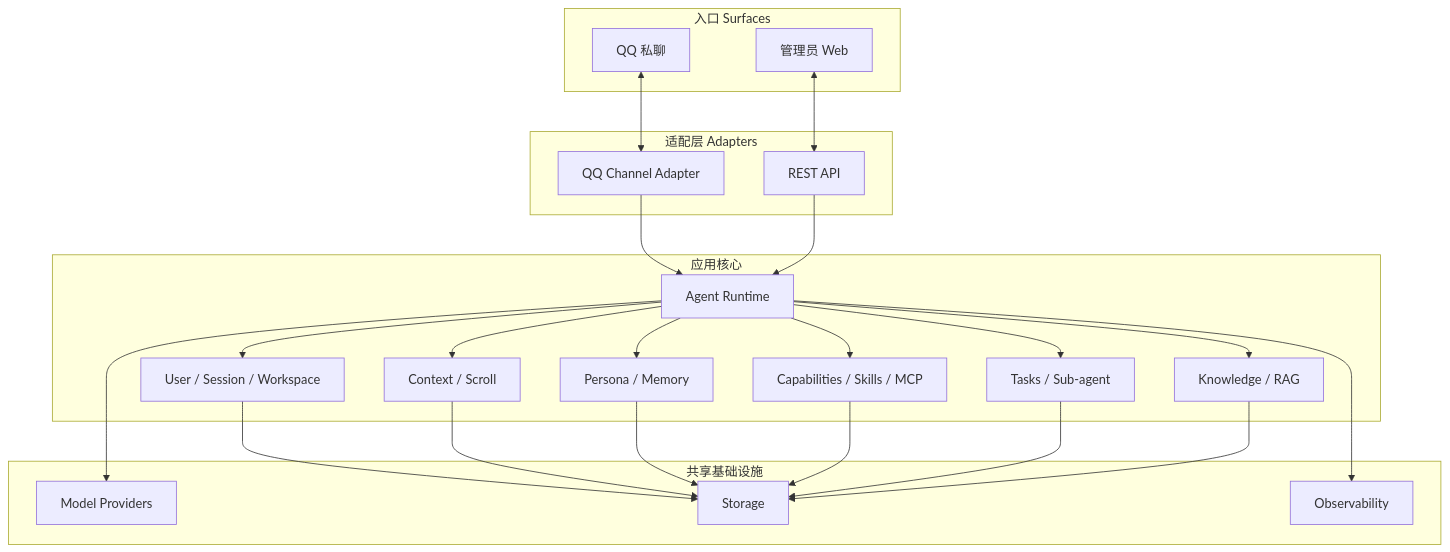
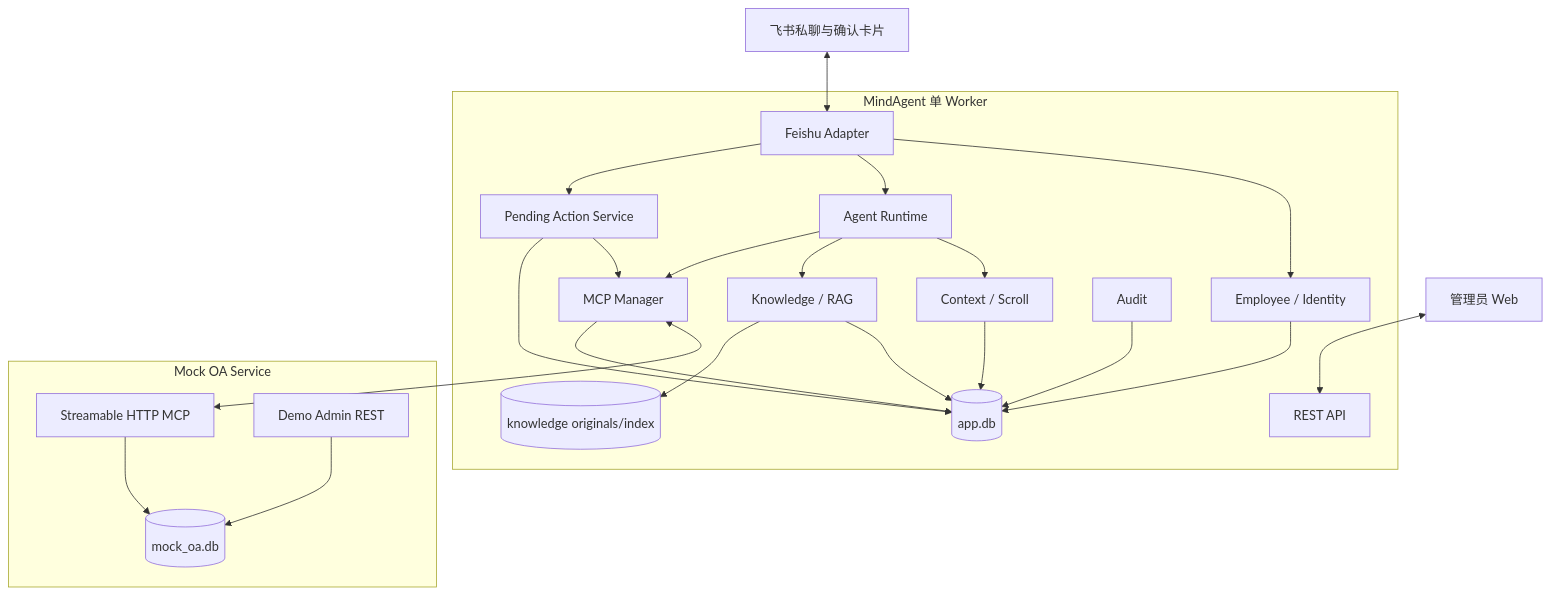
Before and after one commit to tamakara/mind-agent: the first of 4 diagrams in docs/design.md, drawn with Mermaid. The commit also changed other lines of this file and 4 other files, not shown here.

````diff
--- a/docs/design.md
+++ b/docs/design.md
@@ -35,47 +37,45 @@
 ```mermaid
 flowchart TB
-    subgraph Surfaces[入口 Surfaces]
-        QQ[QQ 私聊]
-        WEB[管理员 Web]
+    FS[飞书私聊与确认卡片]
+    WEB[管理员 Web]
+
+    subgraph MA[MindAgent 单 Worker]
+        FC[Feishu Adapter]
+        API[REST API]
+        ID[Employee / Identity]
+        RT[Agent Runtime]
+        CTX[Context / Scroll]
+        KB[Knowledge / RAG]
+        MCP[MCP Manager]
+        PA[Pending Action Service]
+        AUD[Audit]
+        DB[(app.db)]
+        FILES[(knowledge originals/index)]
     end
 
-    subgraph Adapters[适配层 Adapters]
-        CH[QQ Channel Adapter]
-        API[REST API]
+    subgraph OA[Mock OA Service]
+        OMCP[Streamable HTTP MCP]
+        OAPI[Demo Admin REST]
+        ODB[(mock_oa.db)]
     end
 
-    subgraph Core[应用核心]
-        RT[Agent Runtime]
-        WS[User / Session / Workspace]
-        CTX[Context / Scroll]
-        PER[Persona / Memory]
-        CAP[Capabilities / Skills / MCP]
-        TASK[Tasks / Sub-agent]
-        KB[Knowledge / RAG]
-    end
-
-    subgraph Infra[共享基础设施]
-        PRV[Model Providers]
-        STO[Storage]
-        OBS[Observability]
-    end
-
-    QQ <--> CH
+    FS <--> FC
     WEB <--> API
-    CH --> RT
-    API --> RT
-    RT --> WS
+    FC --> ID
+    FC --> RT
+    FC --> PA
     RT --> CTX
-    RT --> PER
-    RT --> CAP
-    RT --> TASK
     RT --> KB
-    RT --> PRV
-    WS --> STO
-    CTX --> STO
-    PER --> STO
-    CAP --> STO
-    TASK --> STO
-    KB --> STO
-    RT --> OBS
+    RT --> MCP
+    PA --> MCP
+    MCP <--> OMCP
+    OAPI --> ODB
+    OMCP --> ODB
+    ID --> DB
+    CTX --> DB
+    PA --> DB
+    KB --> DB
+    KB --> FILES
+    MCP --> DB
+    AUD --> DB
 ```
````
